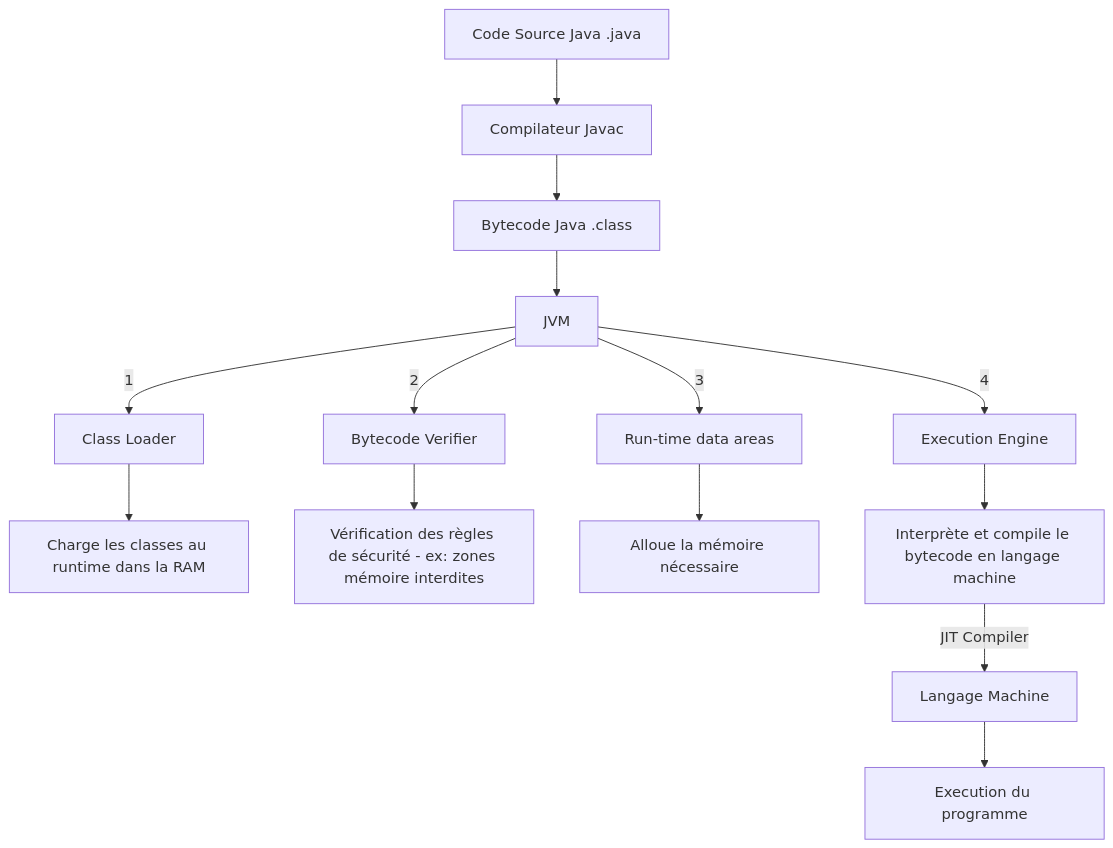
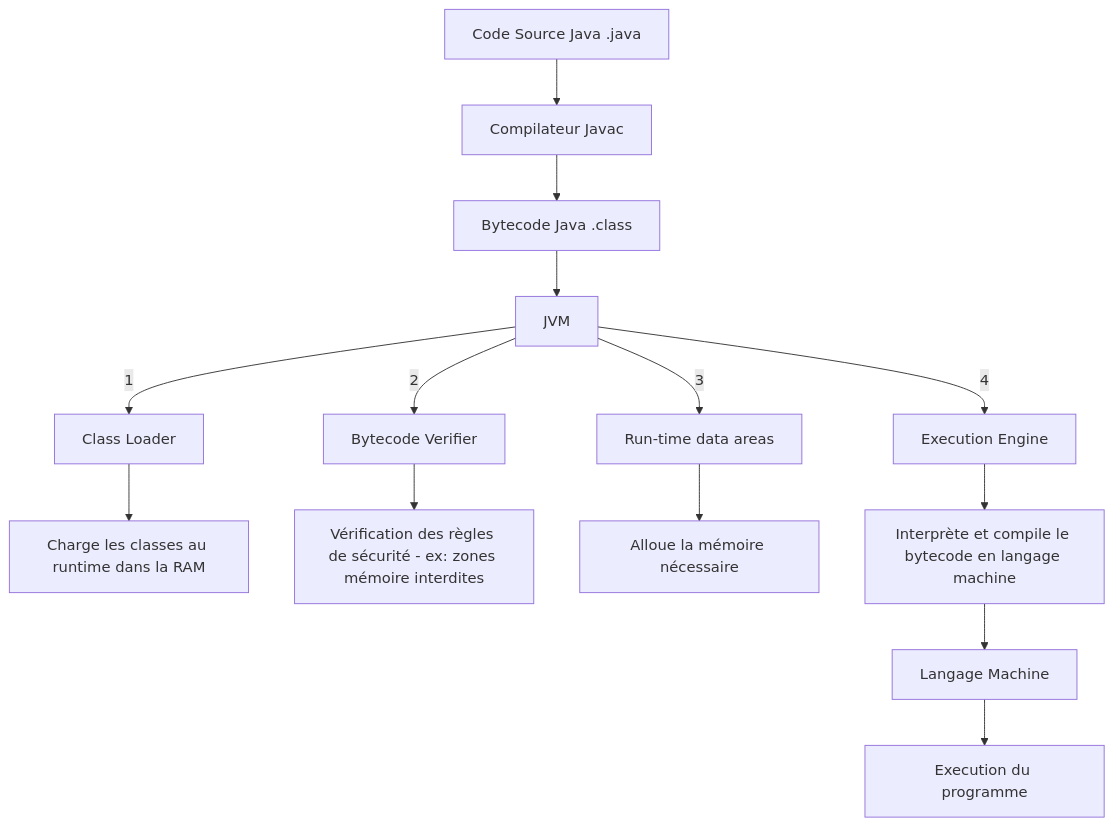
Before and after one commit to tanguybernard/computer-science-knowledge: the second of 2 diagrams in lang_fwk/java_world/courses/JVM.md, drawn with Mermaid.

````diff
--- a/lang_fwk/java_world/courses/JVM.md
+++ b/lang_fwk/java_world/courses/JVM.md
@@ -11,16 +11,16 @@
 ```mermaid
 flowchart TD
     A[Code Source Java .java] --> B[Compilateur Javac]
     B --> C[Bytecode Java .class]
     C --> D[JVM]
     D -->|1| E1[Class Loader]
     D -->|2| E2[Bytecode Verifier]
     D -->|3| E3[Run-time data areas]
     D -->|4| E4[Execution Engine]
     E1 --> F1[Charge les classes au runtime dans la RAM]
     E2 --> F2[Vérification des règles de sécurité - ex: zones mémoire interdites]
     E3 --> F3[Alloue la mémoire nécessaire]
     E4 --> F4[Interprète et compile le bytecode en langage machine]
-    F4 -->|JIT Compiler| G[Langage Machine]
+    F4 --> G[Langage Machine]
     G --> H[Execution du programme]
 ```
````
